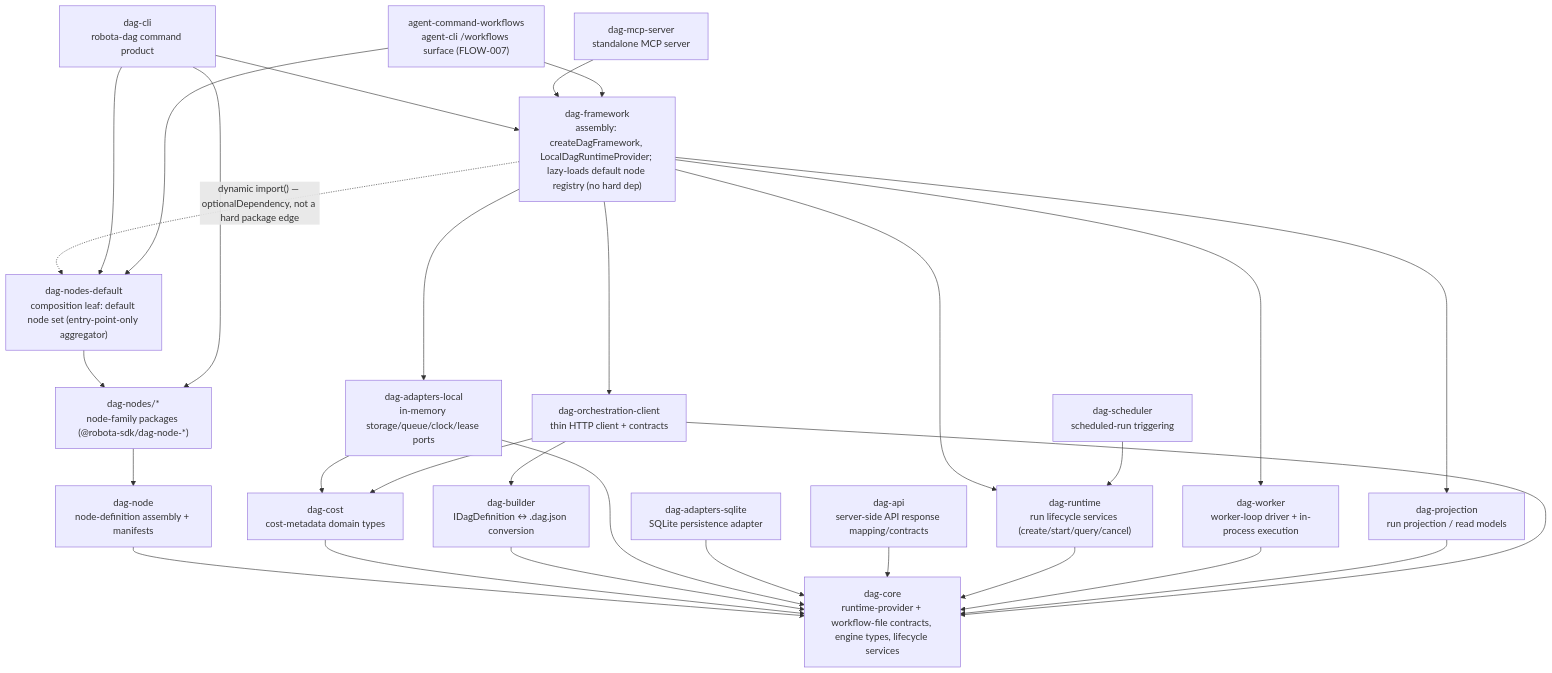
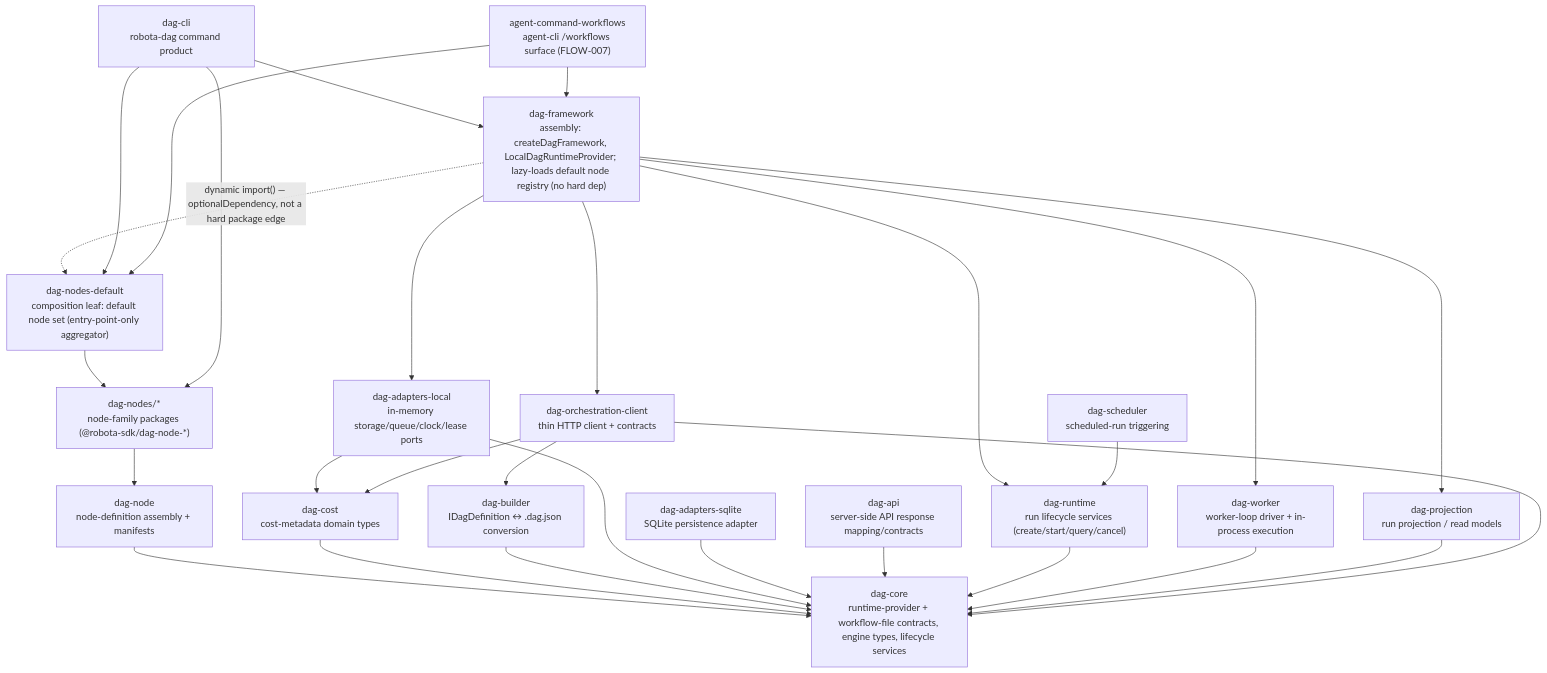
One commit to woojubb/robota changed the diagram in .agents/specs/architecture-map/dag-system.md. Above: the diagram before and after it, drawn with Mermaid. The commit also changed other lines of this file and 87 other files, not shown here.

First line of the commit message:
refactor(dag): remove superseded MCP surfaces

````diff
--- a/.agents/specs/architecture-map/dag-system.md
+++ b/.agents/specs/architecture-map/dag-system.md
@@ -9,50 +9,48 @@
 ```mermaid
 flowchart TD
   Core["dag-core\nruntime-provider + workflow-file contracts, engine types, lifecycle services"]
   Node["dag-node\nnode-definition assembly + manifests"]
   Cost["dag-cost\ncost-metadata domain types"]
   Builder["dag-builder\nIDagDefinition ↔ .dag.json conversion"]
   AdaptersLocal["dag-adapters-local\nin-memory storage/queue/clock/lease ports"]
   AdaptersSqlite["dag-adapters-sqlite\nSQLite persistence adapter"]
   Api["dag-api\nserver-side API response mapping/contracts"]
   Runtime["dag-runtime\nrun lifecycle services (create/start/query/cancel)"]
   Worker["dag-worker\nworker-loop driver + in-process execution"]
   Projection["dag-projection\nrun projection / read models"]
   OrchClient["dag-orchestration-client\nthin HTTP client + contracts"]
   Framework["dag-framework\nassembly: createDagFramework, LocalDagRuntimeProvider; lazy-loads default node registry (no hard dep)"]
   Nodes["dag-nodes/*\nnode-family packages (@robota-sdk/dag-node-*)"]
   NodesDefault["dag-nodes-default\ncomposition leaf: default node set (entry-point-only aggregator)"]
   Cli["dag-cli\nrobota-dag command product"]
-  Mcp["dag-mcp-server\nstandalone MCP server"]
   Scheduler["dag-scheduler\nscheduled-run triggering"]
   Workflows["agent-command-workflows\nagent-cli /workflows surface (FLOW-007)"]
 
   Node --> Core
   Cost --> Core
   Builder --> Core
   AdaptersLocal --> Core
   AdaptersLocal --> Cost
   AdaptersSqlite --> Core
   Api --> Core
   Runtime --> Core
   Worker --> Core
   Projection --> Core
   OrchClient --> Builder
   OrchClient --> Core
   OrchClient --> Cost
   Nodes --> Node
   NodesDefault --> Nodes
   Framework --> AdaptersLocal
   Framework --> Runtime
   Framework --> Worker
   Framework --> Projection
   Framework -. "dynamic import() — optionalDependency, not a hard package edge" .-> NodesDefault
   Framework --> OrchClient
   Cli --> Framework
   Cli --> Nodes
   Cli --> NodesDefault
-  Mcp --> Framework
   Scheduler --> Runtime
   Workflows --> Framework
   Workflows --> NodesDefault
 ```
````
